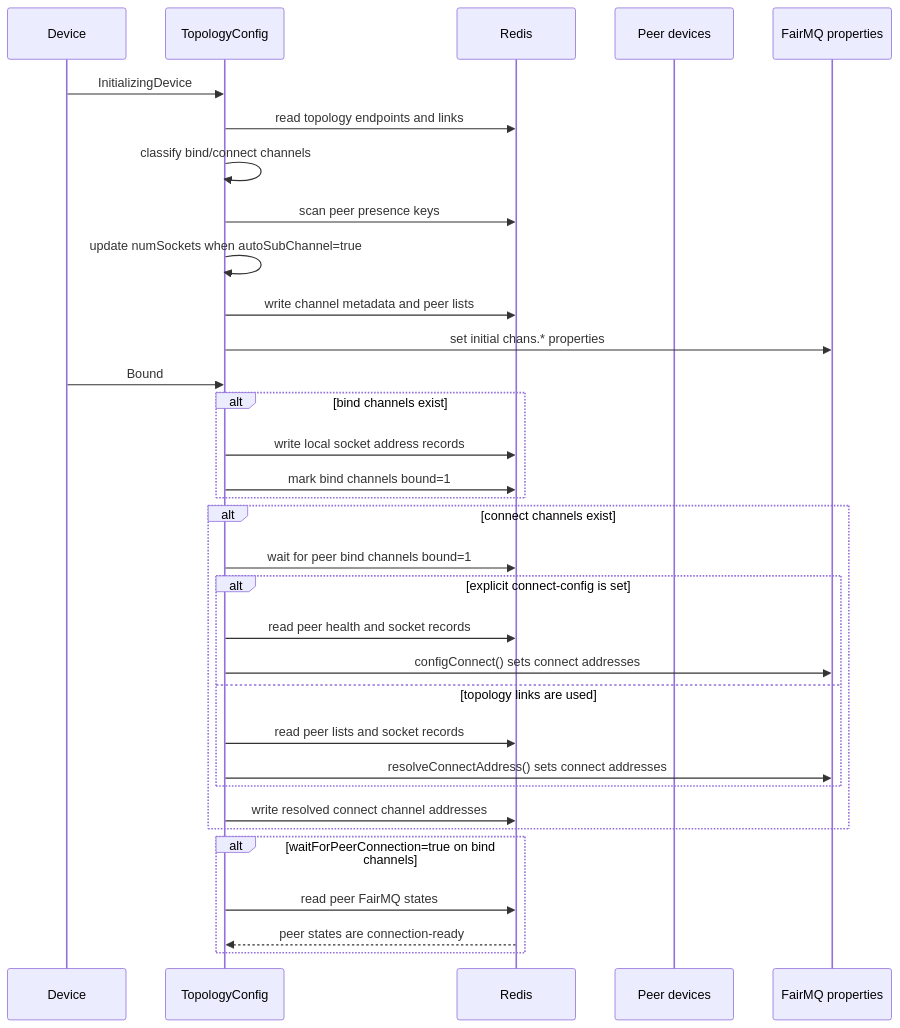
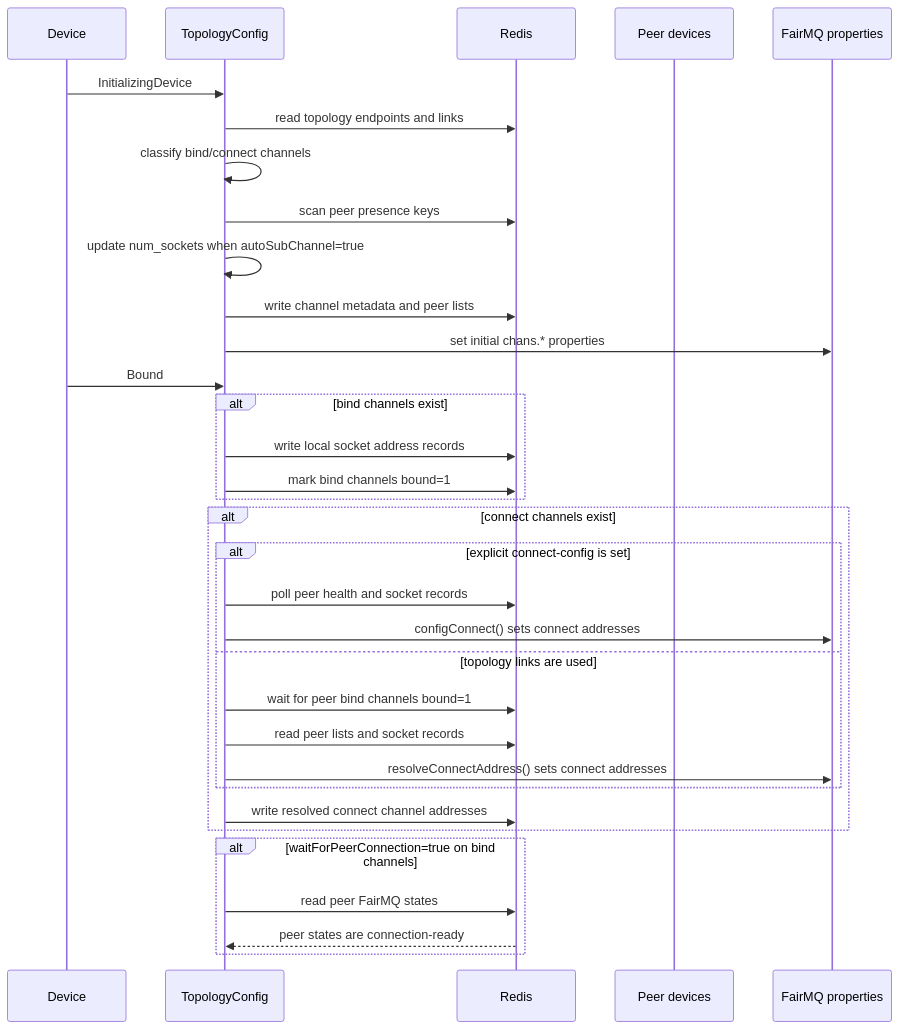
Before and after one commit to tntakahashi/nestdaq: the second of 3 diagrams in plugins/README.md, drawn with Mermaid. The commit also changed other lines of this file and 1 other file, not shown here.

Commit message:
docs(plugins): clarify topology key ownership and connect config

````diff
--- a/plugins/README.md
+++ b/plugins/README.md
@@ -319,37 +346,37 @@
 ```mermaid
 sequenceDiagram
     participant Device
     participant TopologyConfig
     participant Redis
     participant PeerDevices as Peer devices
     participant FairMQProperties as FairMQ properties
 
     Device->>TopologyConfig: InitializingDevice
     TopologyConfig->>Redis: read topology endpoints and links
     TopologyConfig->>TopologyConfig: classify bind/connect channels
     TopologyConfig->>Redis: scan peer presence keys
-    TopologyConfig->>TopologyConfig: update numSockets when autoSubChannel=true
+    TopologyConfig->>TopologyConfig: update num_sockets when autoSubChannel=true
     TopologyConfig->>Redis: write channel metadata and peer lists
     TopologyConfig->>FairMQProperties: set initial chans.* properties
 
     Device->>TopologyConfig: Bound
     alt bind channels exist
         TopologyConfig->>Redis: write local socket address records
         TopologyConfig->>Redis: mark bind channels bound=1
     end
     alt connect channels exist
-        TopologyConfig->>Redis: wait for peer bind channels bound=1
         alt explicit connect-config is set
-            TopologyConfig->>Redis: read peer health and socket records
+            TopologyConfig->>Redis: poll peer health and socket records
             TopologyConfig->>FairMQProperties: configConnect() sets connect addresses
         else topology links are used
+            TopologyConfig->>Redis: wait for peer bind channels bound=1
             TopologyConfig->>Redis: read peer lists and socket records
             TopologyConfig->>FairMQProperties: resolveConnectAddress() sets connect addresses
         end
         TopologyConfig->>Redis: write resolved connect channel addresses
     end
     alt waitForPeerConnection=true on bind channels
         TopologyConfig->>Redis: read peer FairMQ states
         Redis-->>TopologyConfig: peer states are connection-ready
     end
 ```
````
